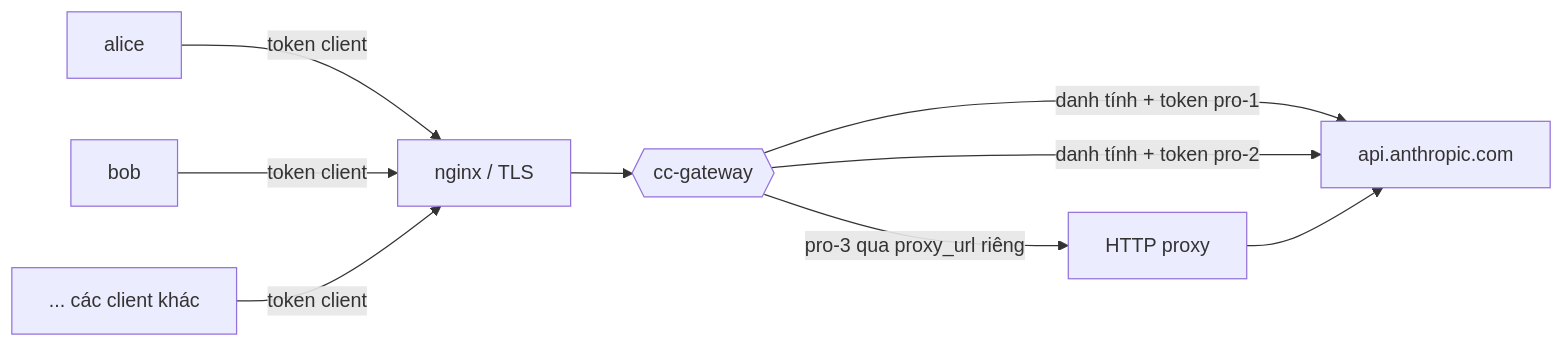
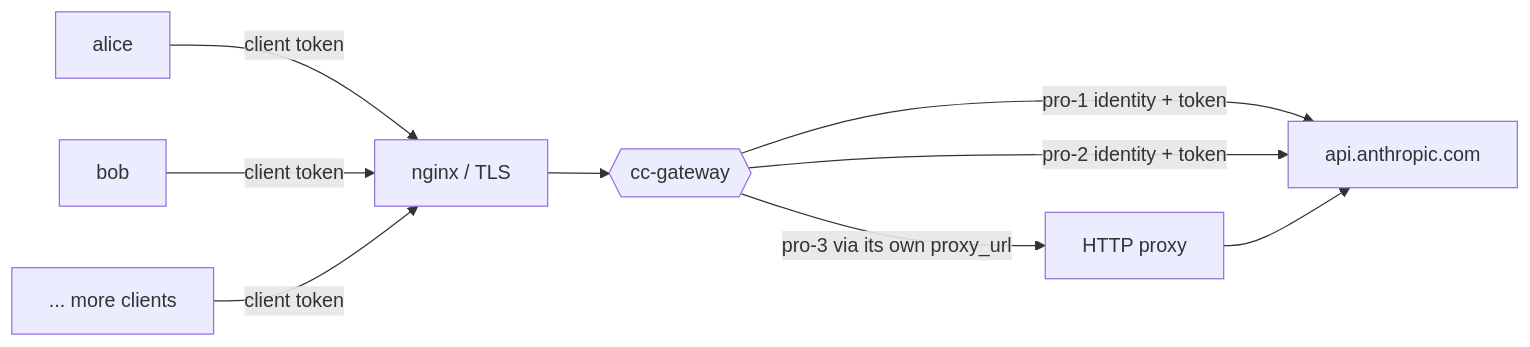
One commit to vuluu2k/cc-gateway changed the first of 2 diagrams in README.md. Above: the diagram before and after it, drawn with Mermaid. The commit also changed other lines of this file and 1 other file, not shown here.

````diff
--- a/README.md
+++ b/README.md
@@ -17,8 +19,8 @@
 ```mermaid
 flowchart LR
-  A[alice] & B[bob] & C[... các client khác] -->|token client| N[nginx / TLS]
+  A[alice] & B[bob] & C[... more clients] -->|client token| N[nginx / TLS]
   N --> G{{cc-gateway}}
-  G -->|danh tính + token pro-1| U[api.anthropic.com]
-  G -->|danh tính + token pro-2| U
-  G -->|pro-3 qua proxy_url riêng| P[HTTP proxy] --> U
+  G -->|pro-1 identity + token| U[api.anthropic.com]
+  G -->|pro-2 identity + token| U
+  G -->|pro-3 via its own proxy_url| P[HTTP proxy] --> U
 ```
````
